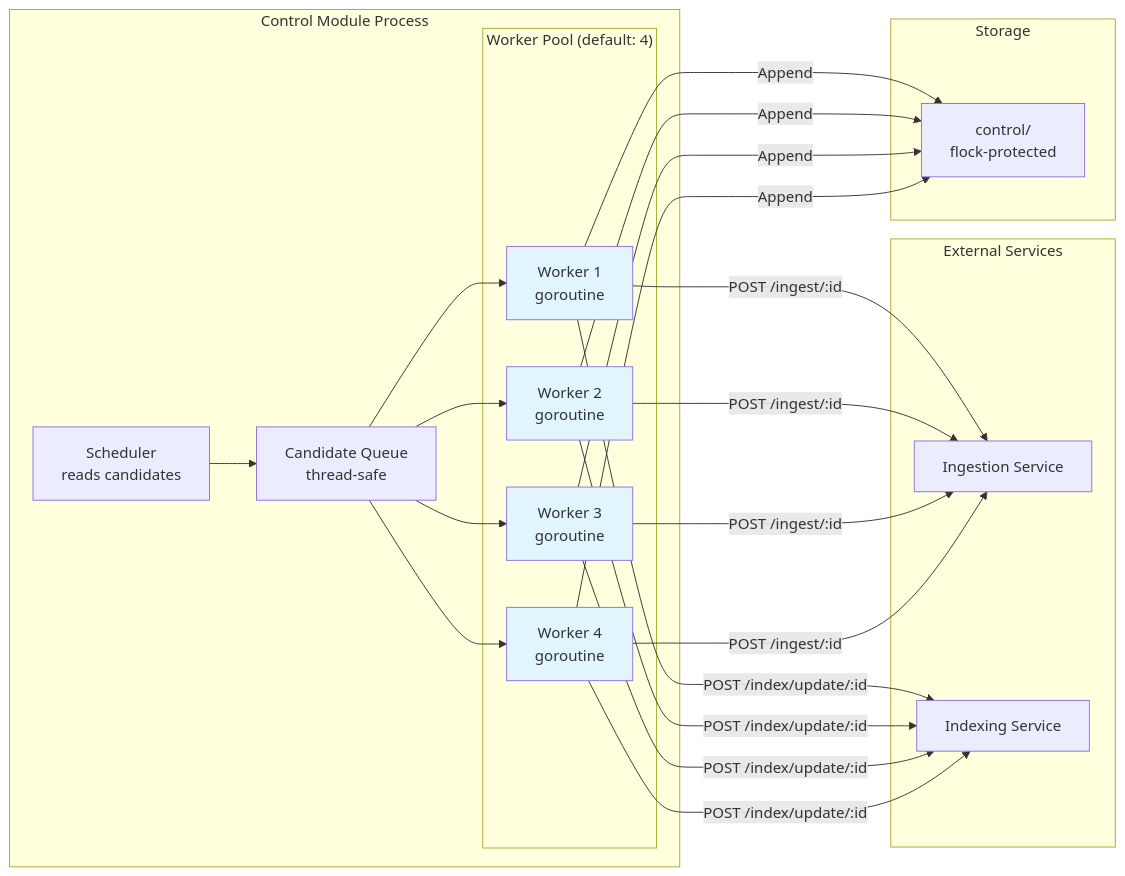
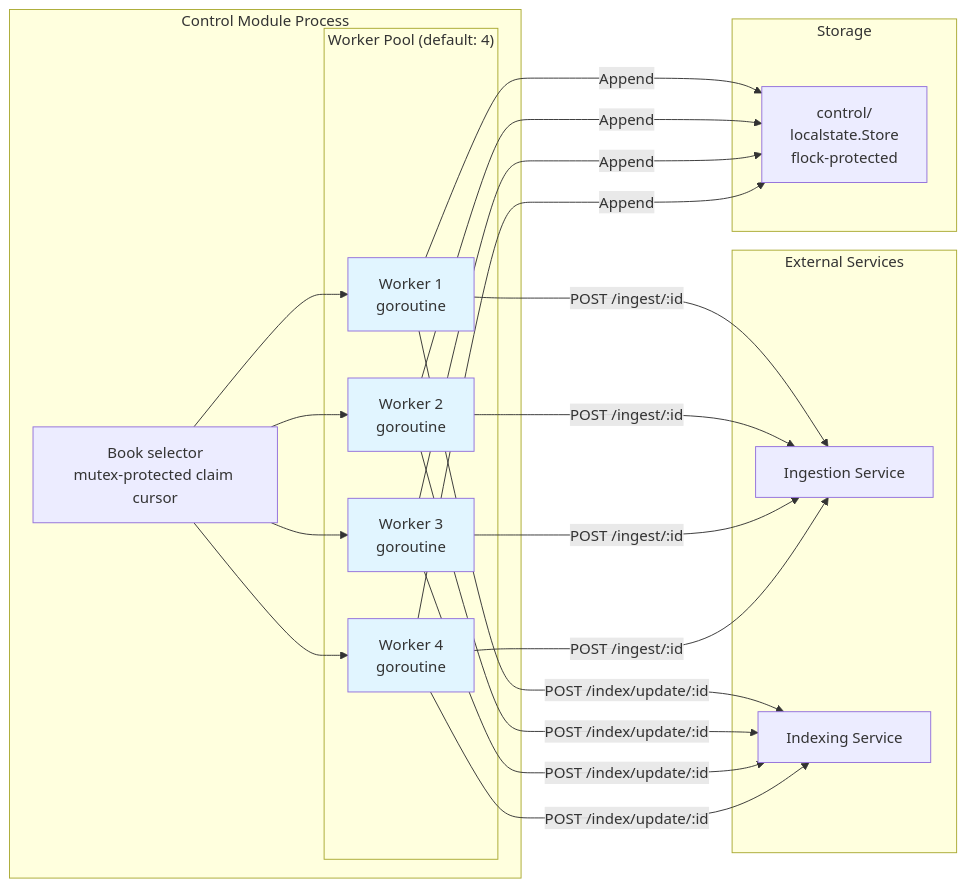
One commit to bigdata-devs/stage_2 changed the fourth of 7 diagrams in docs/architecture.md. Above: the diagram before and after it, drawn with Mermaid. The commit also changed other lines of this file and 3 other files, not shown here.

````diff
--- a/docs/architecture.md
+++ b/docs/architecture.md
@@ -89,51 +229,48 @@
 ```mermaid
 graph LR
     subgraph "Control Module Process"
-        Scheduler[Scheduler<br/>reads candidates]
-        
+        Selector[Book selector<br/>mutex-protected claim cursor]
+
         subgraph "Worker Pool (default: 4)"
             W1[Worker 1<br/>goroutine]
             W2[Worker 2<br/>goroutine]
             W3[Worker 3<br/>goroutine]
             W4[Worker 4<br/>goroutine]
         end
-        
-        Queue[Candidate Queue<br/>thread-safe]
     end
-    
+
     subgraph "External Services"
         Ingestion[Ingestion Service]
         Indexing[Indexing Service]
     end
-    
+
     subgraph "Storage"
-        State[control/<br/>flock-protected]
+        State[control/<br/>localstate.Store<br/>flock-protected]
     end
-    
-    Scheduler --> Queue
-    Queue --> W1
-    Queue --> W2
-    Queue --> W3
-    Queue --> W4
-    
+
+    Selector --> W1
+    Selector --> W2
+    Selector --> W3
+    Selector --> W4
+
     W1 -->|POST /ingest/:id| Ingestion
     W1 -->|POST /index/update/:id| Indexing
     W1 -->|Append| State
-    
+
     W2 -->|POST /ingest/:id| Ingestion
     W2 -->|POST /index/update/:id| Indexing
     W2 -->|Append| State
-    
+
     W3 -->|POST /ingest/:id| Ingestion
     W3 -->|POST /index/update/:id| Indexing
     W3 -->|Append| State
-    
+
     W4 -->|POST /ingest/:id| Ingestion
     W4 -->|POST /index/update/:id| Indexing
     W4 -->|Append| State
-    
+
     style W1 fill:#e1f5ff
     style W2 fill:#e1f5ff
     style W3 fill:#e1f5ff
     style W4 fill:#e1f5ff
 ```
````
